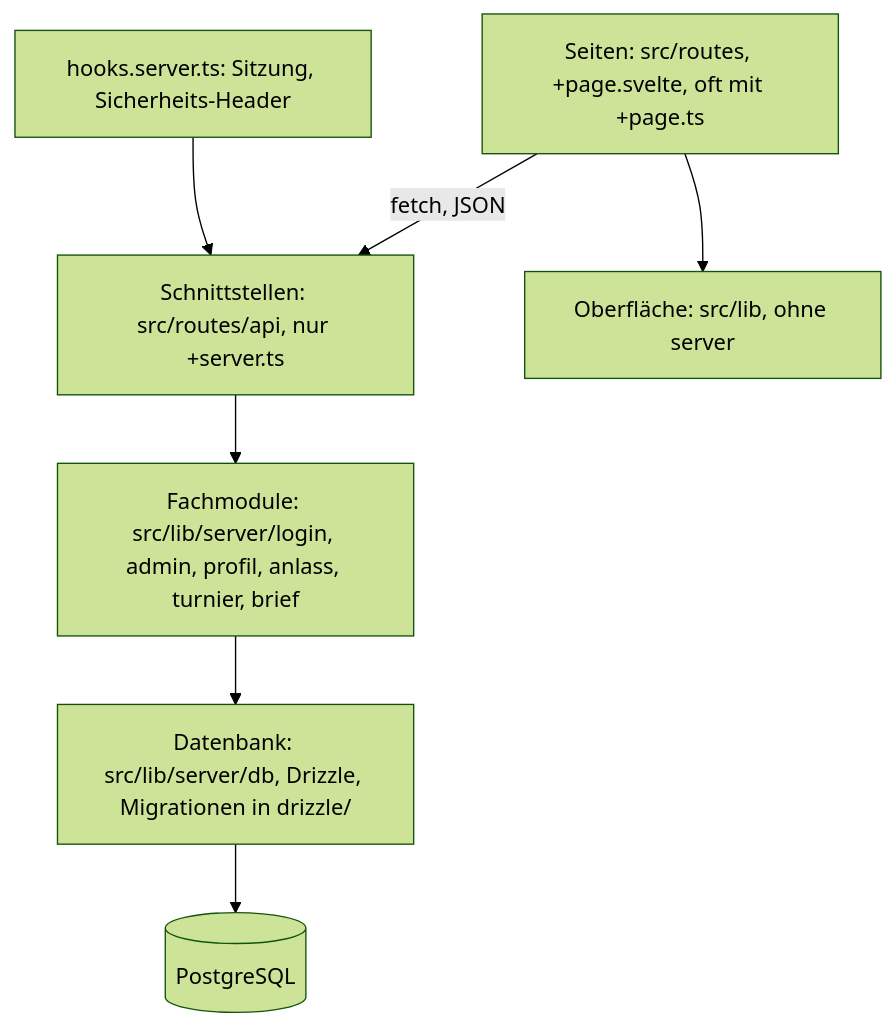
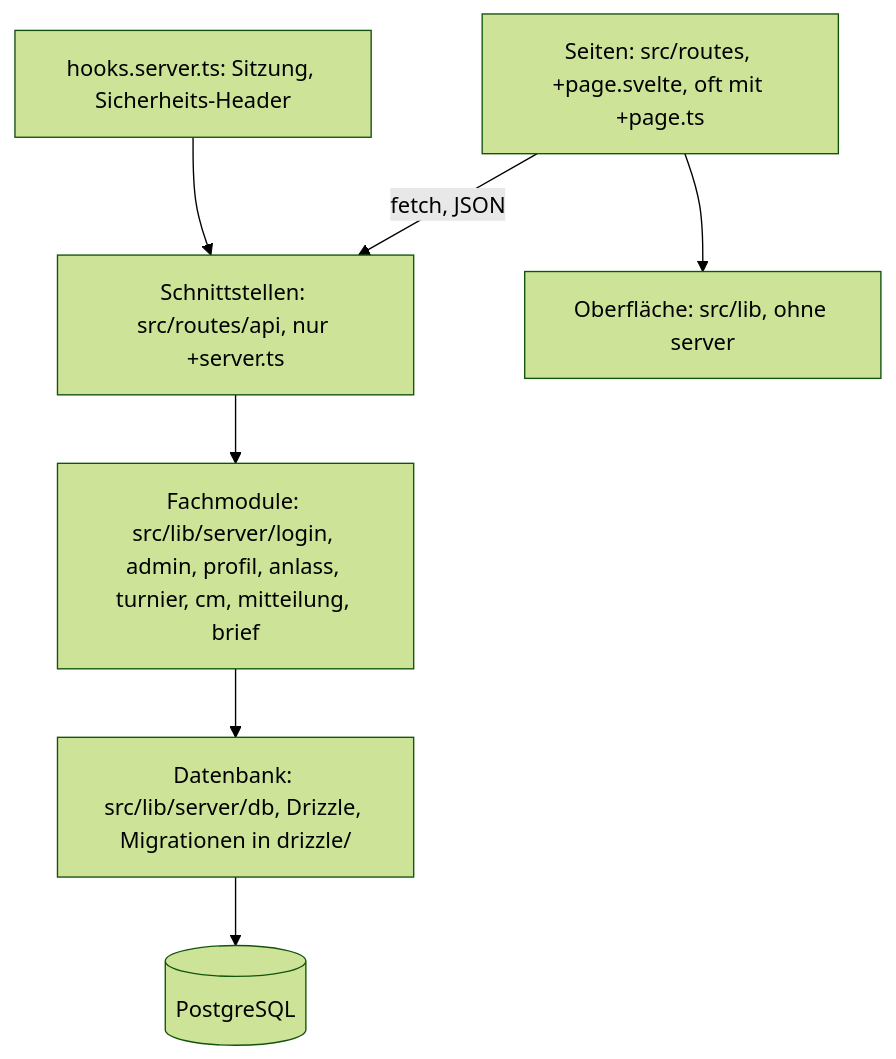
One commit to konstantinniedermann/tco-app changed the second of 3 diagrams in docs/arc42.md. Above: the diagram before and after it, drawn with Mermaid (forest theme). The commit also changed other lines of this file and 16 other files, not shown here.

````diff
--- a/docs/arc42.md
+++ b/docs/arc42.md
@@ -72,9 +73,9 @@
 ```mermaid
 flowchart TD
   S["Seiten: src/routes, +page.svelte, oft mit +page.ts"] -->|fetch, JSON| API["Schnittstellen: src/routes/api, nur +server.ts"]
   S --> UI["Oberfläche: src/lib, ohne server"]
   H["hooks.server.ts: Sitzung, Sicherheits-Header"] --> API
-  API --> F["Fachmodule: src/lib/server/login, admin, profil, anlass, turnier, brief"]
+  API --> F["Fachmodule: src/lib/server/login, admin, profil, anlass, turnier, cm, mitteilung, brief"]
   F --> DB["Datenbank: src/lib/server/db, Drizzle, Migrationen in drizzle/"]
   DB --> PG[(PostgreSQL)]
 ```
````
